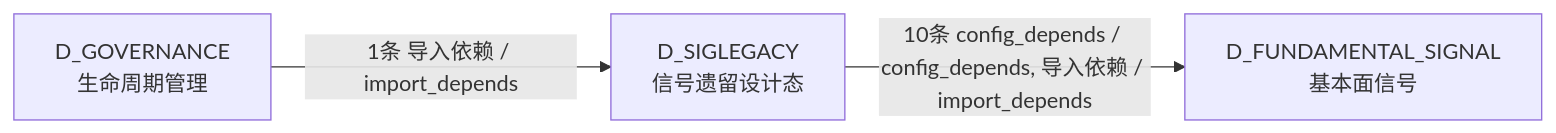
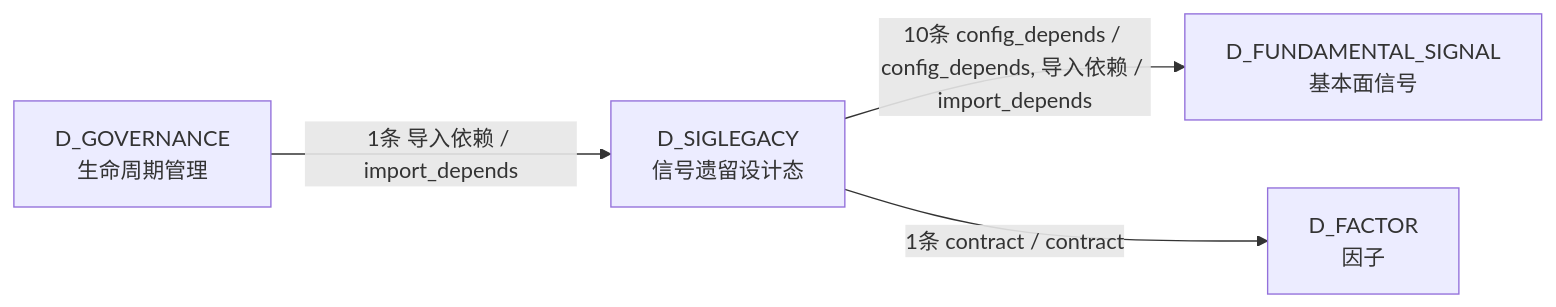
Before and after one commit to xuanFelixVan/ZephyrAlpha: the third of 3 diagrams in docs/02_enterprise_architecture/02_domain_architecture_docs/63_d_siglegacy.md, drawn with Mermaid. The commit also changed other lines of this file and 126 other files, not shown here.

````diff
--- a/docs/02_enterprise_architecture/02_domain_architecture_docs/63_d_siglegacy.md
+++ b/docs/02_enterprise_architecture/02_domain_architecture_docs/63_d_siglegacy.md
@@ -201,8 +208,10 @@
 ```mermaid
 graph LR
     D_SIGLEGACY["D_SIGLEGACY<br/>信号遗留设计态"]
     D_FUNDAMENTAL_SIGNAL["D_FUNDAMENTAL_SIGNAL<br/>基本面信号"]
+    D_FACTOR["D_FACTOR<br/>因子"]
     D_GOVERNANCE["D_GOVERNANCE<br/>生命周期管理"]
     D_SIGLEGACY -->|10条 config_depends / config_depends, 导入依赖 / import_depends| D_FUNDAMENTAL_SIGNAL
+    D_SIGLEGACY -->|1条 contract / contract| D_FACTOR
     D_GOVERNANCE -->|1条 导入依赖 / import_depends| D_SIGLEGACY
 ```
````
